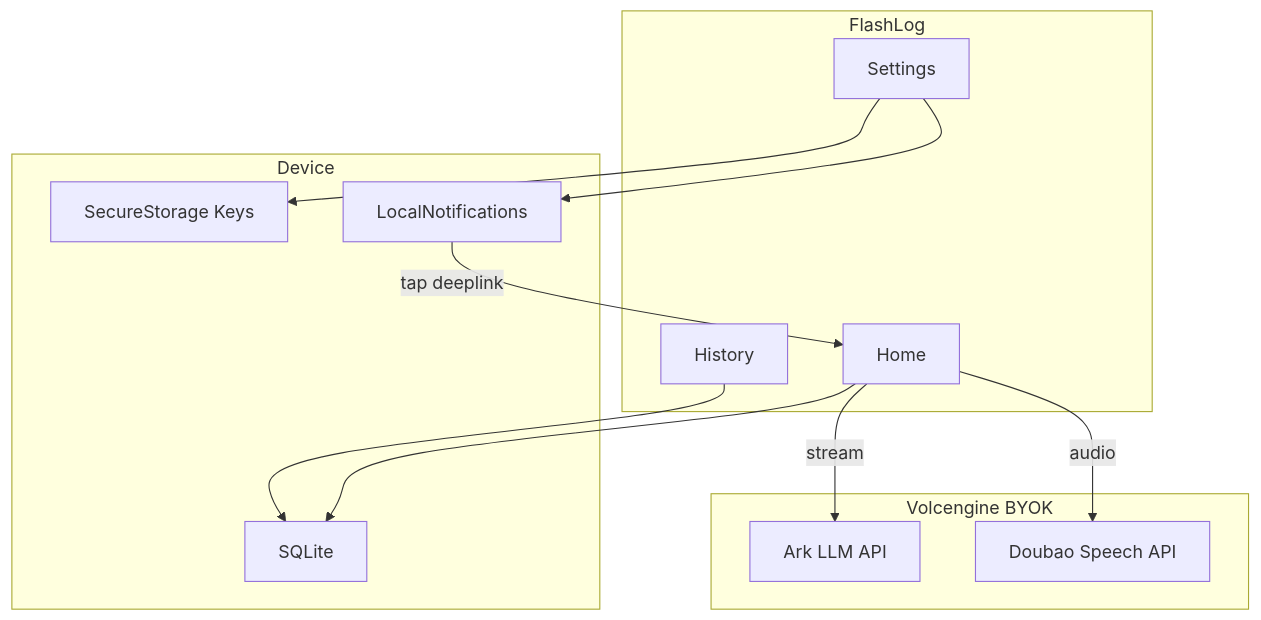
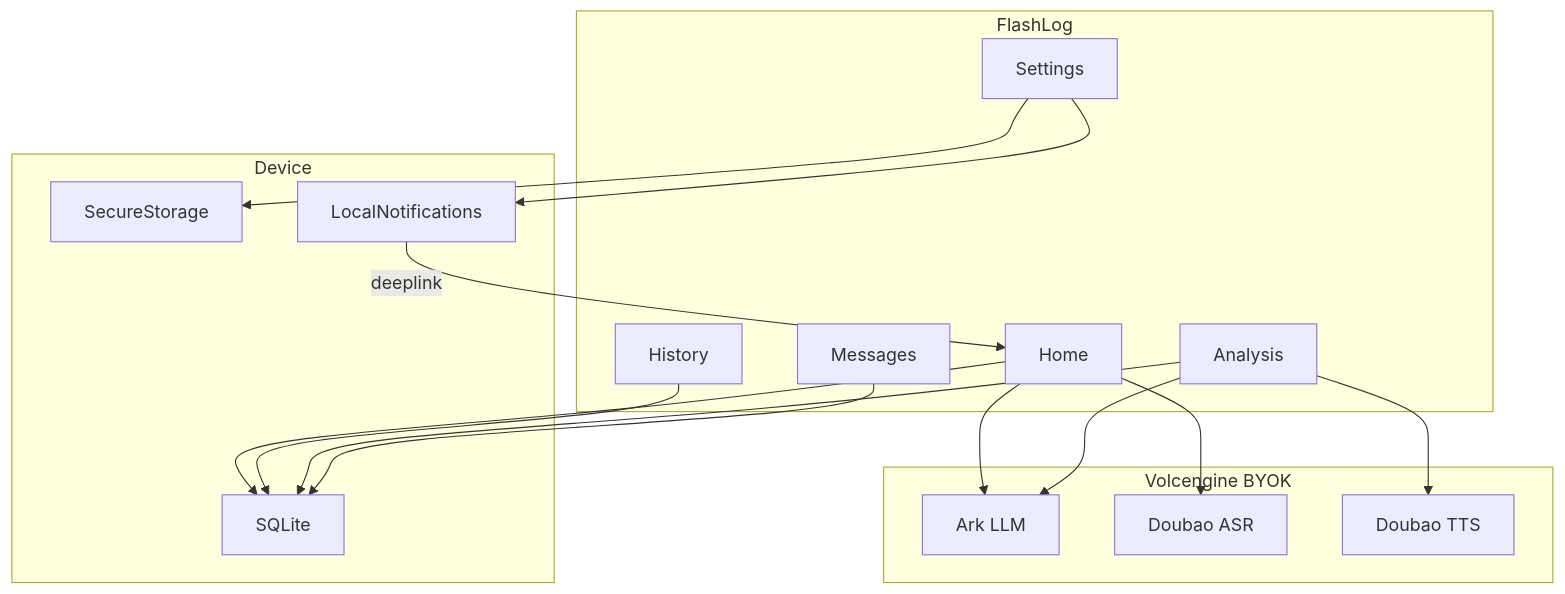
The diagram in readme.md (CallStorm/FlashLog), drawn with Mermaid before and after one commit. The commit also changed other lines of this file and 2 other files, not shown here.

````diff
--- a/readme.md
+++ b/readme.md
@@ -66,24 +67,31 @@
 ```mermaid
 flowchart TB
   subgraph app [FlashLog]
+    Home[Home]
+    Messages[Messages]
+    History[History]
+    Analysis[Analysis]
     Settings[Settings]
-    Home[Home]
-    History[History]
   end
   subgraph local [Device]
-    SecureStore[SecureStorage Keys]
+    SecureStore[SecureStorage]
     DB[SQLite]
     Notif[LocalNotifications]
   end
   subgraph volc [Volcengine BYOK]
-    LLM[Ark LLM API]
-    ASR[Doubao Speech API]
+    LLM[Ark LLM]
+    ASR[Doubao ASR]
+    TTS[Doubao TTS]
   end
   Settings --> SecureStore
-  Home -->|stream| LLM
-  Home -->|audio| ASR
+  Home --> LLM
+  Home --> ASR
+  Analysis --> LLM
+  Analysis --> TTS
   Home --> DB
   History --> DB
+  Analysis --> DB
+  Messages --> DB
   Settings --> Notif
-  Notif -->|tap deeplink| Home
+  Notif -->|deeplink| Home
 ```
````
